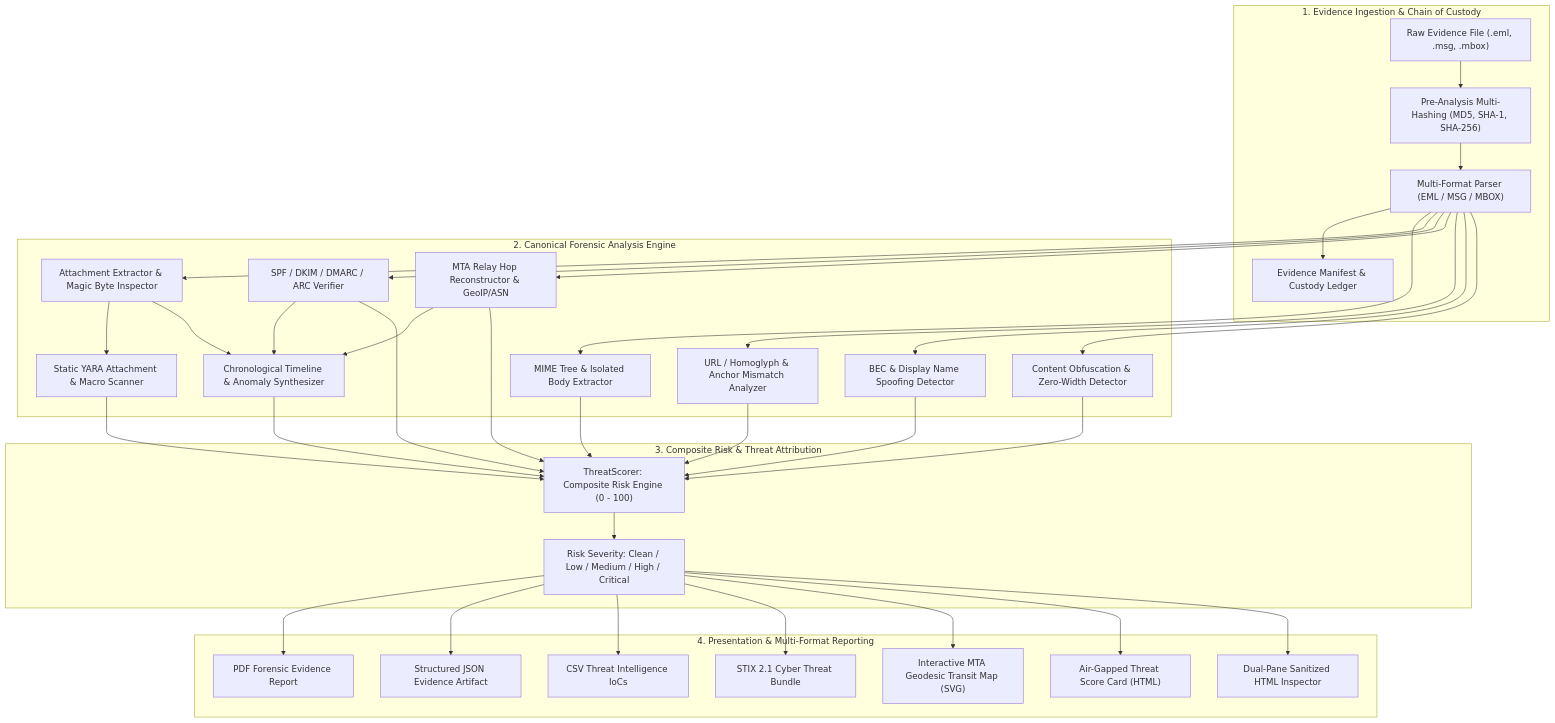
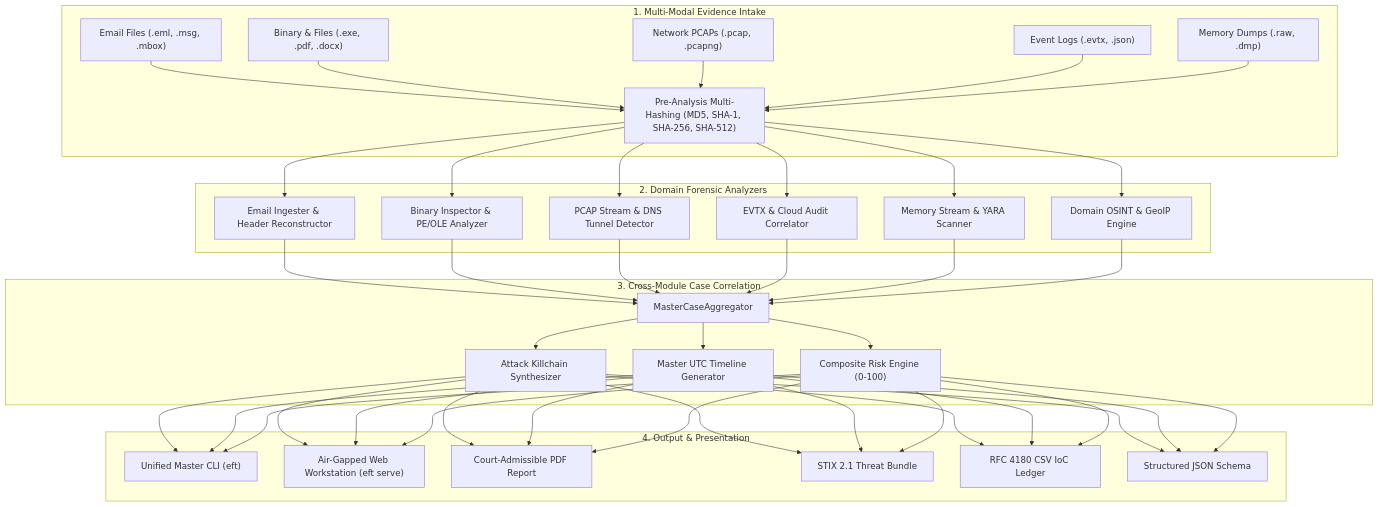
The diagram in README.md (iaditya8/Email-Forensic-Tool-EFT), drawn with Mermaid before and after one commit. The commit also changed other lines of this file and 1 other file, not shown here.

````diff
--- a/README.md
+++ b/README.md
@@ -67,44 +92,41 @@
 ```mermaid
 flowchart TD
-    subgraph EvidenceIntake["1. Evidence Ingestion & Chain of Custody"]
-        SRC["Raw Evidence File (.eml, .msg, .mbox)"]
-        HASH_PRE["Pre-Analysis Multi-Hashing (MD5, SHA-1, SHA-256)"]
-        PARSER["Multi-Format Parser (EML / MSG / MBOX)"]
-        MANIFEST["Evidence Manifest & Custody Ledger"]
-        SRC --> HASH_PRE --> PARSER --> MANIFEST
+    subgraph Intake["1. Multi-Modal Evidence Intake"]
+        E1["Email Files (.eml, .msg, .mbox)"]
+        E2["Binary & Files (.exe, .pdf, .docx)"]
+        E3["Network PCAPs (.pcap, .pcapng)"]
+        E4["Event Logs (.evtx, .json)"]
+        E5["Memory Dumps (.raw, .dmp)"]
+        HASH["Pre-Analysis Multi-Hashing (MD5, SHA-1, SHA-256, SHA-512)"]
+        E1 & E2 & E3 & E4 & E5 --> HASH
     end
 
-    subgraph ForensicCore["2. Canonical Forensic Analysis Engine"]
-        MIME_ENG["MIME Tree & Isolated Body Extractor"]
-        ATT_ENG["Attachment Extractor & Magic Byte Inspector"]
-        AUTH_ENG["SPF / DKIM / DMARC / ARC Verifier"]
-        RELAY_ENG["MTA Relay Hop Reconstructor & GeoIP/ASN"]
-        URL_ENG["URL / Homoglyph & Anchor Mismatch Analyzer"]
-        BEC_ENG["BEC & Display Name Spoofing Detector"]
-        OBF_ENG["Content Obfuscation & Zero-Width Detector"]
-        YARA_ENG["Static YARA Attachment & Macro Scanner"]
-        TIME_ENG["Chronological Timeline & Anomaly Synthesizer"]
-        
-        PARSER --> MIME_ENG & ATT_ENG & AUTH_ENG & RELAY_ENG & URL_ENG & BEC_ENG & OBF_ENG
-        ATT_ENG --> YARA_ENG
-        AUTH_ENG & RELAY_ENG & ATT_ENG --> TIME_ENG
+    subgraph Analyzers["2. Domain Forensic Analyzers"]
+        A_EML["Email Ingester & Header Reconstructor"]
+        A_BIN["Binary Inspector & PE/OLE Analyzer"]
+        A_NET["PCAP Stream & DNS Tunnel Detector"]
+        A_LOG["EVTX & Cloud Audit Correlator"]
+        A_MEM["Memory Stream & YARA Scanner"]
+        A_OSINT["Domain OSINT & GeoIP Engine"]
+        HASH --> A_EML & A_BIN & A_NET & A_LOG & A_MEM & A_OSINT
     end
 
-    subgraph TriageAndScoring["3. Composite Risk & Threat Attribution"]
-        SCORE["ThreatScorer: Composite Risk Engine (0 - 100)"]
-        DIAL["Risk Severity: Clean / Low / Medium / High / Critical"]
-        MIME_ENG & AUTH_ENG & RELAY_ENG & URL_ENG & BEC_ENG & OBF_ENG & YARA_ENG & TIME_ENG --> SCORE --> DIAL
+    subgraph Aggregator["3. Cross-Module Case Correlation"]
+        CORR["MasterCaseAggregator"]
+        KILLCHAIN["Attack Killchain Synthesizer"]
+        TIMELINE["Master UTC Timeline Generator"]
+        SCORE["Composite Risk Engine (0-100)"]
+        A_EML & A_BIN & A_NET & A_LOG & A_MEM & A_OSINT --> CORR
+        CORR --> KILLCHAIN & TIMELINE & SCORE
     end
 
-    subgraph ArtifactExport["4. Presentation & Multi-Format Reporting"]
-        PDF["PDF Forensic Evidence Report"]
-        JSON_EXP["Structured JSON Evidence Artifact"]
-        CSV_IOC["CSV Threat Intelligence IoCs"]
-        STIX["STIX 2.1 Cyber Threat Bundle"]
-        MAP_SVG["Interactive MTA Geodesic Transit Map (SVG)"]
-        CARD_HTML["Air-Gapped Threat Score Card (HTML)"]
-        INSPECT["Dual-Pane Sanitized HTML Inspector"]
-        
-        DIAL --> PDF & JSON_EXP & CSV_IOC & STIX & MAP_SVG & CARD_HTML & INSPECT
+    subgraph Distribution["4. Output & Presentation"]
+        CLI["Unified Master CLI (eft)"]
+        WEB["Air-Gapped Web Workstation (eft serve)"]
+        PDF["Court-Admissible PDF Report"]
+        STIX["STIX 2.1 Threat Bundle"]
+        CSV["RFC 4180 CSV IoC Ledger"]
+        JSON["Structured JSON Schema"]
+        KILLCHAIN & TIMELINE & SCORE --> CLI & WEB & PDF & STIX & CSV & JSON
     end
 ```
````
